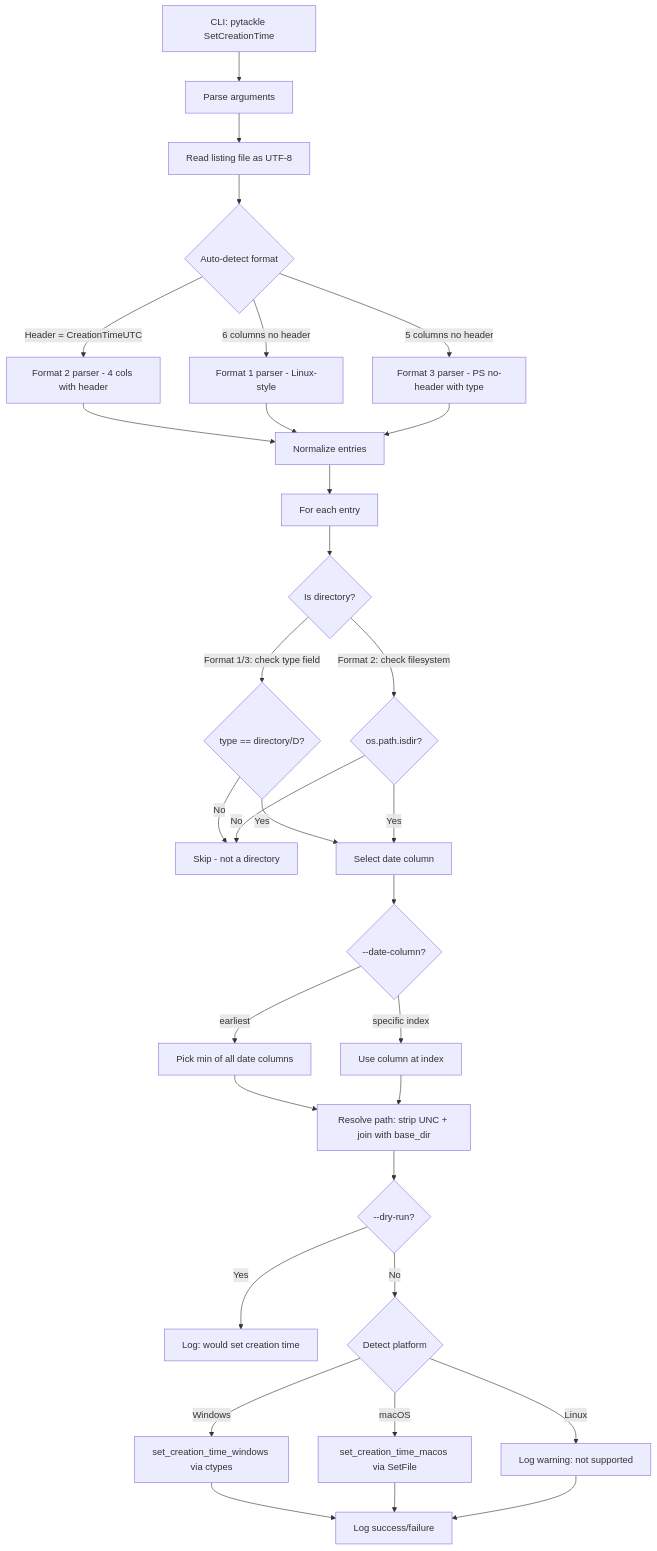
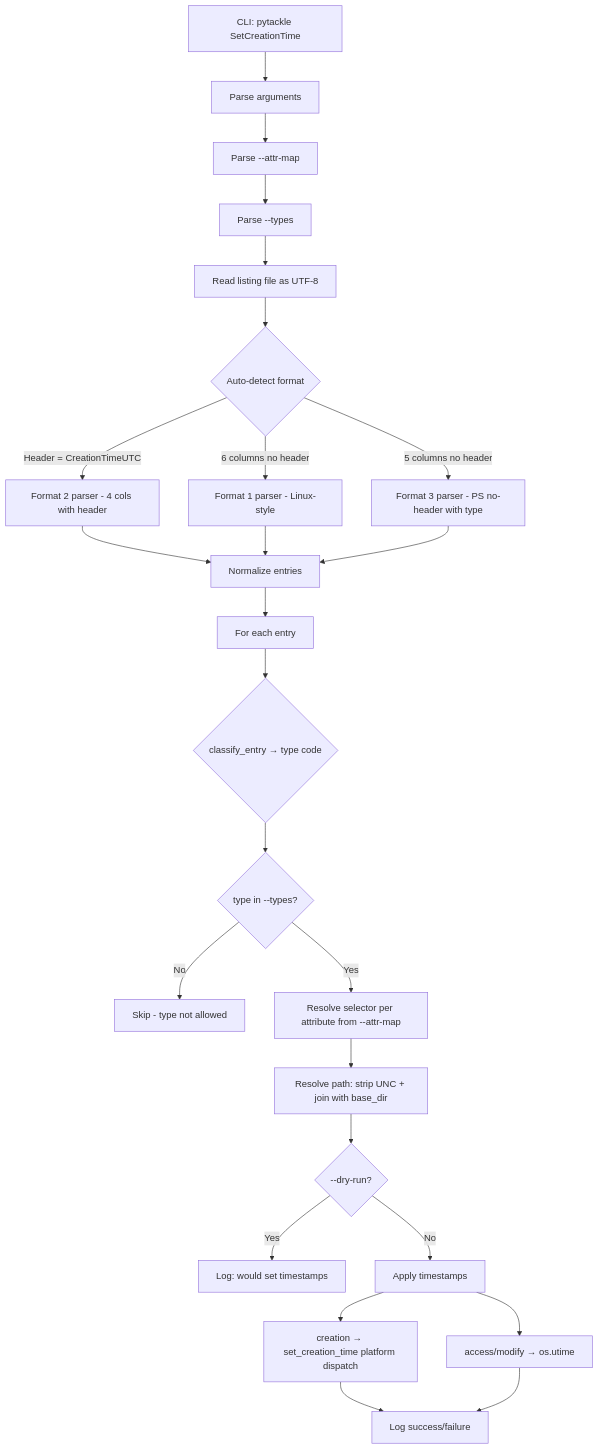
Before and after one commit to romansavrulin/pyTackle: the diagram in plans/SetCreationTime.md, drawn with Mermaid. The commit also changed other lines of this file and 1 other file, not shown here.

Commit message:
Add alieas and file types

````diff
--- a/plans/SetCreationTime.md
+++ b/plans/SetCreationTime.md
@@ -92,34 +145,27 @@
 ```mermaid
 flowchart TD
     A[CLI: pytackle SetCreationTime] --> B[Parse arguments]
-    B --> C[Read listing file as UTF-8]
+    B --> B1[Parse --attr-map]
+    B1 --> B2[Parse --types]
+    B2 --> C[Read listing file as UTF-8]
     C --> D{Auto-detect format}
     D -->|Header = CreationTimeUTC| E[Format 2 parser - 4 cols with header]
     D -->|6 columns no header| F[Format 1 parser - Linux-style]
     D -->|5 columns no header| G[Format 3 parser - PS no-header with type]
     E --> H[Normalize entries]
     F --> H
     G --> H
     H --> I[For each entry]
-    I --> J{Is directory?}
-    J -->|Format 1/3: check type field| K{type == directory/D?}
-    J -->|Format 2: check filesystem| L{os.path.isdir?}
-    K -->|No| M[Skip - not a directory]
-    L -->|No| M
-    K -->|Yes| N[Select date column]
-    L -->|Yes| N
-    N --> O{--date-column?}
-    O -->|earliest| P[Pick min of all date columns]
-    O -->|specific index| Q[Use column at index]
-    P --> R[Resolve path: strip UNC + join with base_dir]
-    Q --> R
+    I --> J{classify_entry → type code}
+    J --> J1{type in --types?}
+    J1 -->|No| M[Skip - type not allowed]
+    J1 -->|Yes| N[Resolve selector per attribute from --attr-map]
+    N --> R[Resolve path: strip UNC + join with base_dir]
     R --> S{--dry-run?}
-    S -->|Yes| T[Log: would set creation time]
-    S -->|No| U{Detect platform}
-    U -->|Windows| V[set_creation_time_windows via ctypes]
-    U -->|macOS| W[set_creation_time_macos via SetFile]
-    U -->|Linux| X[Log warning: not supported]
-    V --> Y[Log success/failure]
-    W --> Y
-    X --> Y
+    S -->|Yes| T[Log: would set timestamps]
+    S -->|No| U[Apply timestamps]
+    U --> U1[creation → set_creation_time platform dispatch]
+    U --> U2[access/modify → os.utime]
+    U1 --> Y[Log success/failure]
+    U2 --> Y
 ```
````
